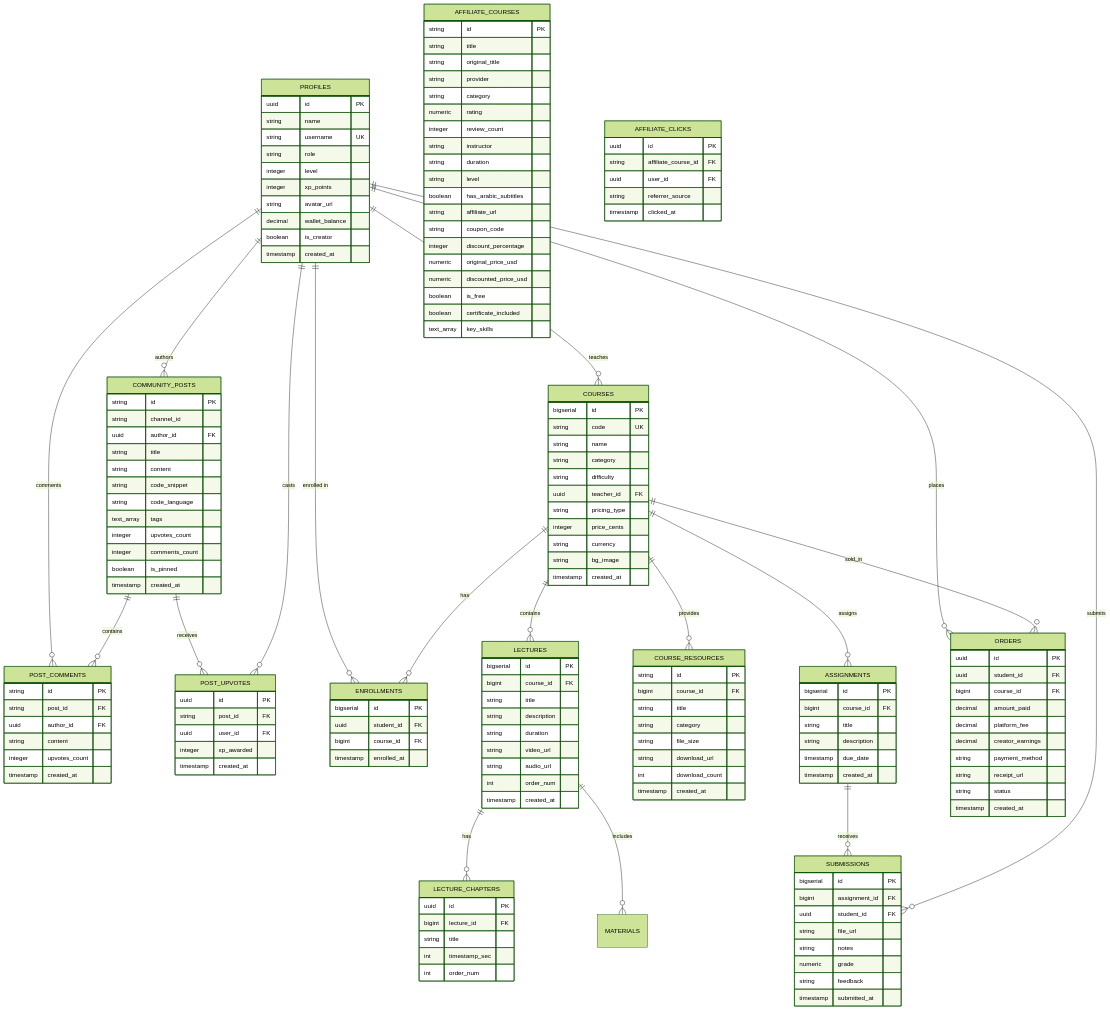
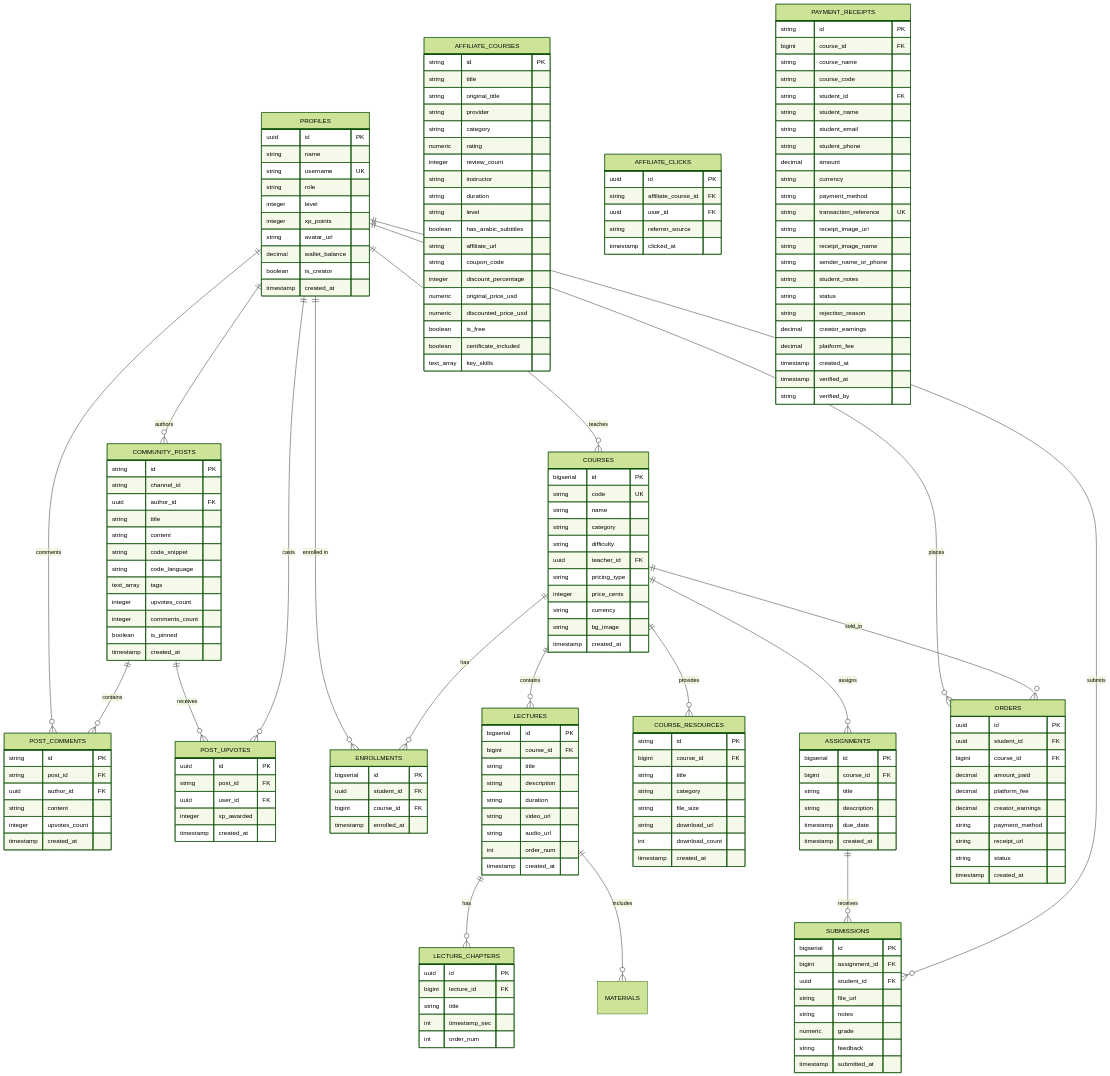
One commit to ta3allam/ta3 changed the diagram in erd.md. Above: the diagram before and after it, drawn with Mermaid (forest theme). The commit also changed 3 other files, not shown here.

Commit message:
docs(all): synchronize architecture, ERD, components, and README for Day 4 Levant payments release

````diff
--- a/erd.md
+++ b/erd.md
@@ -180,4 +180,30 @@
         string referrer_source
         timestamp clicked_at
     }
+
+    PAYMENT_RECEIPTS {
+        string id PK
+        bigint course_id FK
+        string course_name
+        string course_code
+        string student_id FK
+        string student_name
+        string student_email
+        string student_phone
+        decimal amount
+        string currency
+        string payment_method
+        string transaction_reference UK
+        string receipt_image_url
+        string receipt_image_name
+        string sender_name_or_phone
+        string student_notes
+        string status
+        string rejection_reason
+        decimal creator_earnings
+        decimal platform_fee
+        timestamp created_at
+        timestamp verified_at
+        string verified_by
+    }
 ```
````
